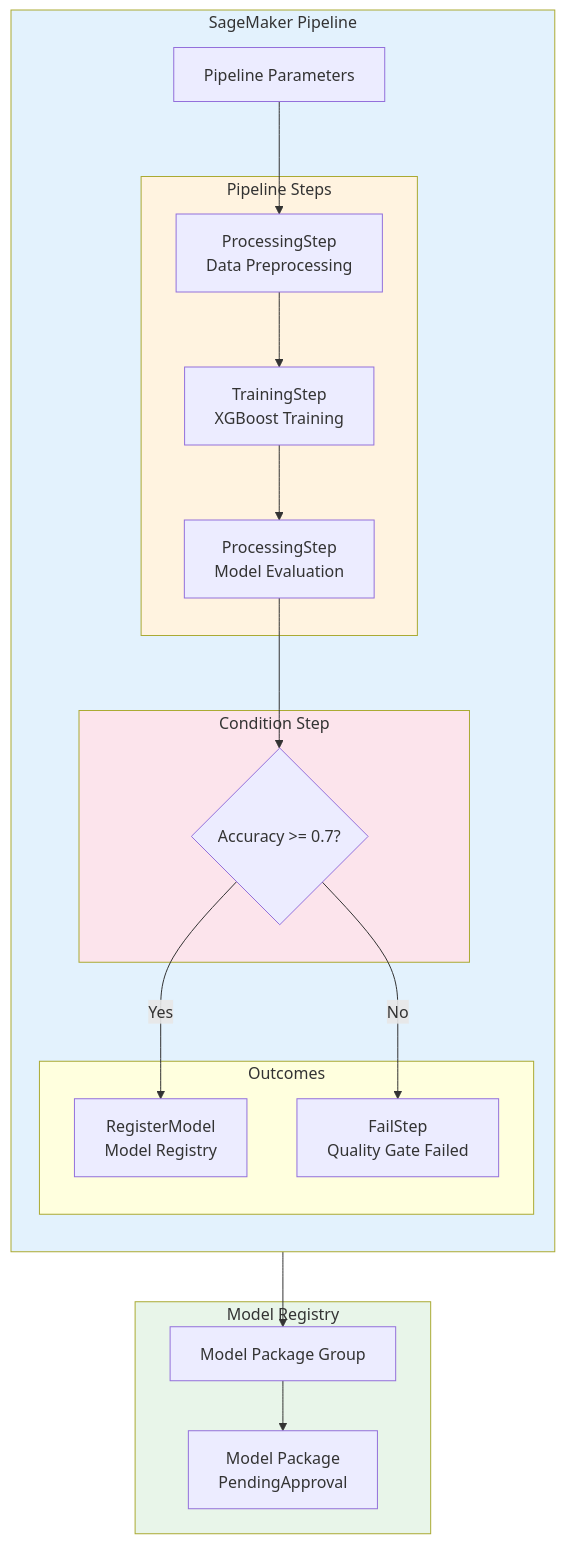
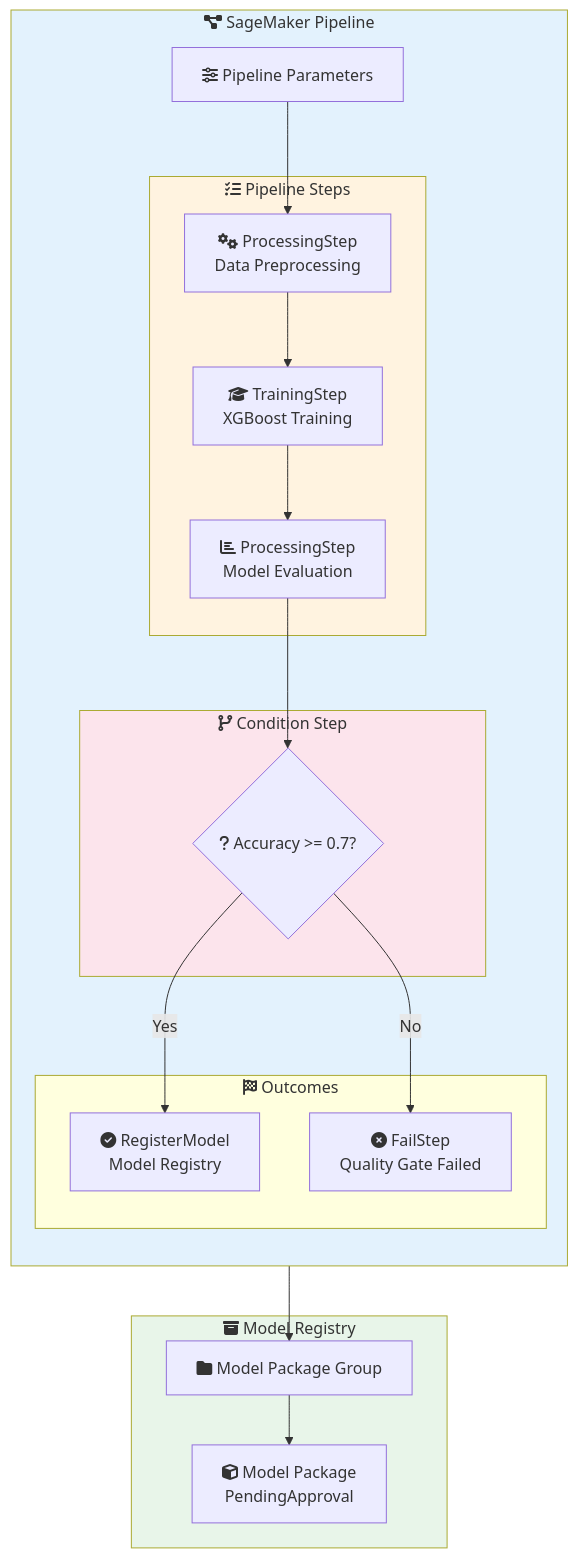
The first of 3 diagrams in aws-ml-associate-prep/05-sagemaker-pipelines/LAB.md (vinu76jsr/aws-sample-projects), drawn with Mermaid before and after one commit. The commit also changed other lines of this file and 15 other files, not shown here.

First line of the commit message:
Add Font Awesome icons to all Mermaid diagrams

````diff
--- a/aws-ml-associate-prep/05-sagemaker-pipelines/LAB.md
+++ b/aws-ml-associate-prep/05-sagemaker-pipelines/LAB.md
@@ -14,41 +14,41 @@
 ```mermaid
 flowchart TB
-    subgraph Pipeline["SageMaker Pipeline"]
+    subgraph Pipeline["fa:fa-project-diagram SageMaker Pipeline"]
         direction TB
-        Params[Pipeline Parameters]
+        Params[fa:fa-sliders-h Pipeline Parameters]
 
-        subgraph Steps["Pipeline Steps"]
-            P[ProcessingStep<br/>Data Preprocessing]
-            T[TrainingStep<br/>XGBoost Training]
-            E[ProcessingStep<br/>Model Evaluation]
+        subgraph Steps["fa:fa-tasks Pipeline Steps"]
+            P[fa:fa-cogs ProcessingStep<br/>Data Preprocessing]
+            T[fa:fa-graduation-cap TrainingStep<br/>XGBoost Training]
+            E[fa:fa-chart-bar ProcessingStep<br/>Model Evaluation]
         end
 
-        subgraph Condition["Condition Step"]
-            C{Accuracy >= 0.7?}
+        subgraph Condition["fa:fa-code-branch Condition Step"]
+            C{fa:fa-question Accuracy >= 0.7?}
         end
 
-        subgraph Outcomes["Outcomes"]
-            R[RegisterModel<br/>Model Registry]
-            F[FailStep<br/>Quality Gate Failed]
+        subgraph Outcomes["fa:fa-flag-checkered Outcomes"]
+            R[fa:fa-check-circle RegisterModel<br/>Model Registry]
+            F[fa:fa-times-circle FailStep<br/>Quality Gate Failed]
         end
     end
 
-    subgraph Registry["Model Registry"]
-        MG[Model Package Group]
-        MP[Model Package<br/>PendingApproval]
+    subgraph Registry["fa:fa-archive Model Registry"]
+        MG[fa:fa-folder Model Package Group]
+        MP[fa:fa-cube Model Package<br/>PendingApproval]
     end
 
     Params --> P
     P --> T
     T --> E
     E --> C
     C -->|Yes| R
     C -->|No| F
     R --> MG
     MG --> MP
 
     style Pipeline fill:#e3f2fd
     style Steps fill:#fff3e0
     style Condition fill:#fce4ec
     style Registry fill:#e8f5e9
 ```
````
